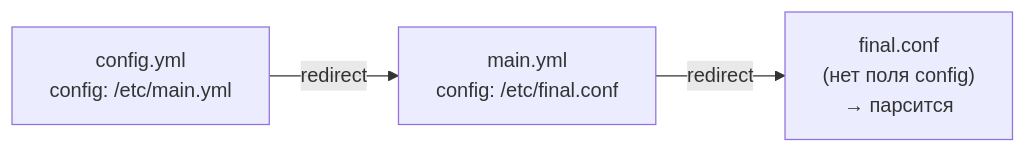
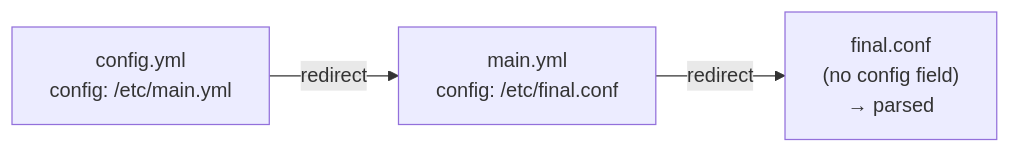
The second of 2 diagrams in mod/settings/README.md (voluminor/ratatoskr), drawn with Mermaid before and after one commit. The commit also changed other lines of this file and 6 other files, not shown here.

````diff
--- a/mod/settings/README.md
+++ b/mod/settings/README.md
@@ -88,5 +90,5 @@
 ```mermaid
 flowchart LR
     A["config.yml\nconfig: /etc/main.yml"] -->|" redirect "| B["main.yml\nconfig: /etc/final.conf"]
-    B -->|" redirect "| C["final.conf\n(нет поля config)\n→ парсится"]
+    B -->|" redirect "| C["final.conf\n(no config field)\n→ parsed"]
 ```
````
